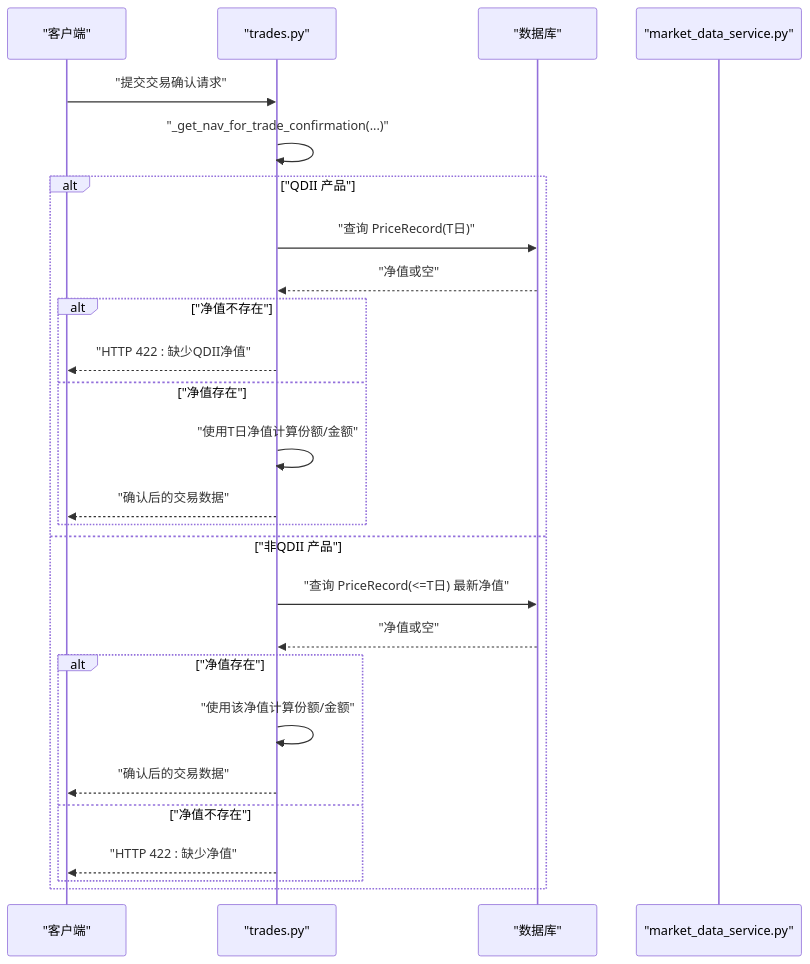
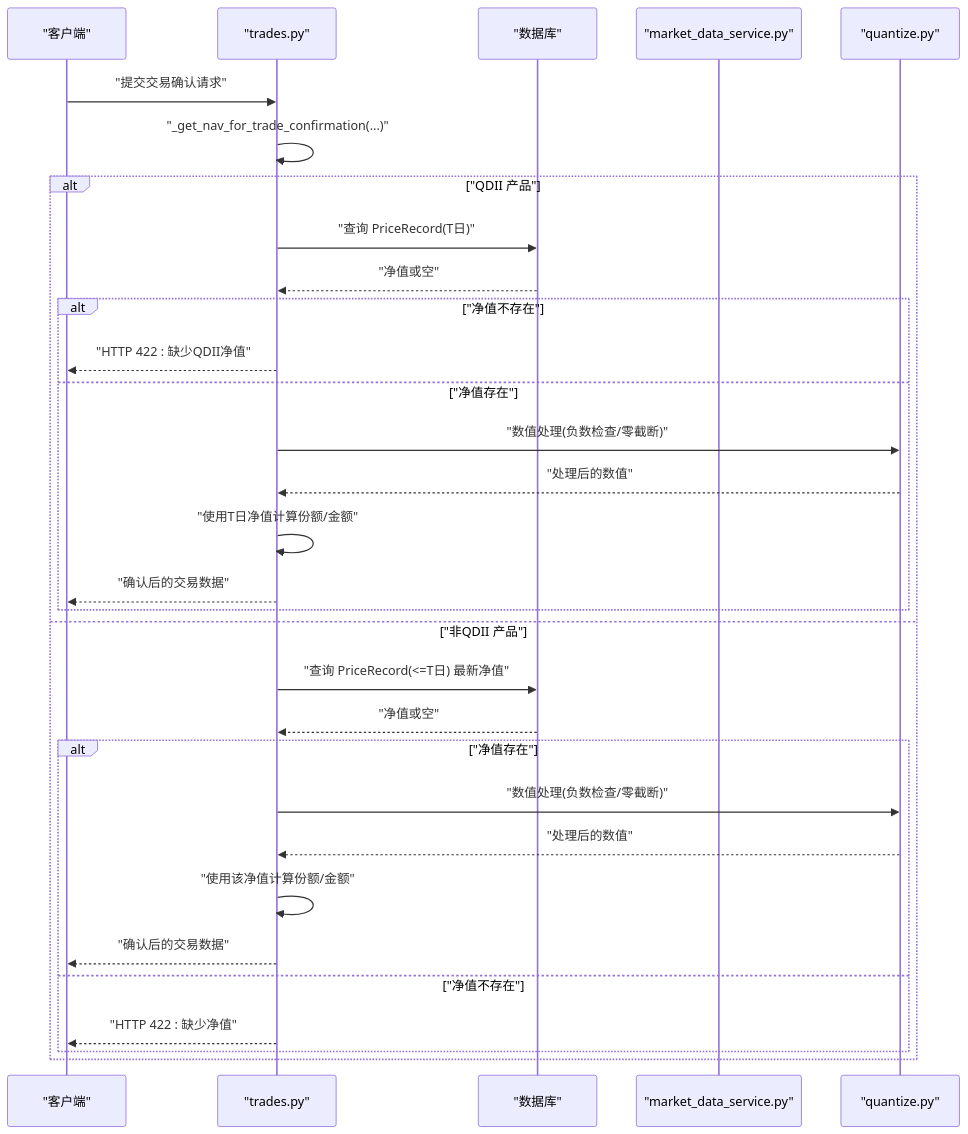
The second of 9 diagrams in .qoder/repowiki/zh/content/数据库设计/核心计算公式.md (gujialind/InvestRing), drawn with Mermaid before and after one commit. The commit also changed other lines of this file and 19 other files, not shown here.

````diff
--- a/.qoder/repowiki/zh/content/数据库设计/核心计算公式.md
+++ b/.qoder/repowiki/zh/content/数据库设计/核心计算公式.md
@@ -122,28 +141,33 @@
 ```mermaid
 sequenceDiagram
 participant Client as "客户端"
 participant Trades as "trades.py"
 participant DB as "数据库"
 participant MarketSvc as "market_data_service.py"
+participant QuantUtil as "quantize.py"
 Client->>Trades : "提交交易确认请求"
 Trades->>Trades : "_get_nav_for_trade_confirmation(...)"
 alt "QDII 产品"
 Trades->>DB : "查询 PriceRecord(T日)"
 DB-->>Trades : "净值或空"
 alt "净值不存在"
 Trades-->>Client : "HTTP 422 : 缺少QDII净值"
 else "净值存在"
+Trades->>QuantUtil : "数值处理(负数检查/零截断)"
+QuantUtil-->>Trades : "处理后的数值"
 Trades->>Trades : "使用T日净值计算份额/金额"
 Trades-->>Client : "确认后的交易数据"
 end
 else "非QDII 产品"
 Trades->>DB : "查询 PriceRecord(<=T日) 最新净值"
 DB-->>Trades : "净值或空"
 alt "净值存在"
+Trades->>QuantUtil : "数值处理(负数检查/零截断)"
+QuantUtil-->>Trades : "处理后的数值"
 Trades->>Trades : "使用该净值计算份额/金额"
 Trades-->>Client : "确认后的交易数据"
 else "净值不存在"
 Trades-->>Client : "HTTP 422 : 缺少净值"
 end
 end
 ```
````
